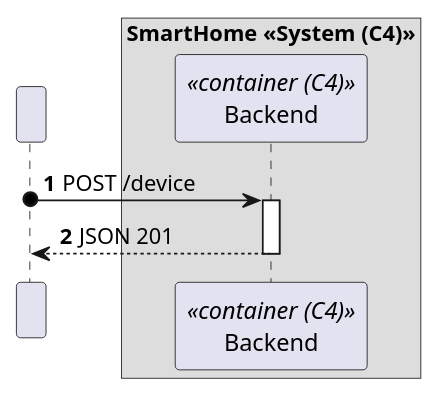
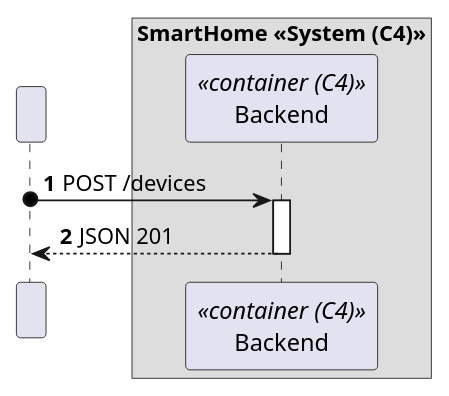
One commit to moutajDev/smarthome changed the diagram in docs/C4_4plus1_models/Level2/ProcessView/ProcessViewLevel2_UC05.puml. Above: the diagram before and after it, drawn with PlantUML. The commit also changed 17 other files, not shown here.

```diff
--- a/docs/C4_4plus1_models/Level2/ProcessView/ProcessViewLevel2_UC05.puml
+++ b/docs/C4_4plus1_models/Level2/ProcessView/ProcessViewLevel2_UC05.puml
@@ -1,24 +1,24 @@
 @startuml
 'https://plantuml.com/sequence-diagram
 !pragma layout smetana
 
 autonumber
 
 participant " " as HTTP
 
 box "SmartHome <<System (C4)>>"
     participant "Backend" as BE<<container (C4)>>
 end box
 
 
-HTTP o-> BE : POST /device
+HTTP o-> BE : POST /devices
 activate BE
 
 
 BE --> HTTP : JSON 201
 deactivate BE
 
 deactivate HTTP
 
 
 @enduml
```
